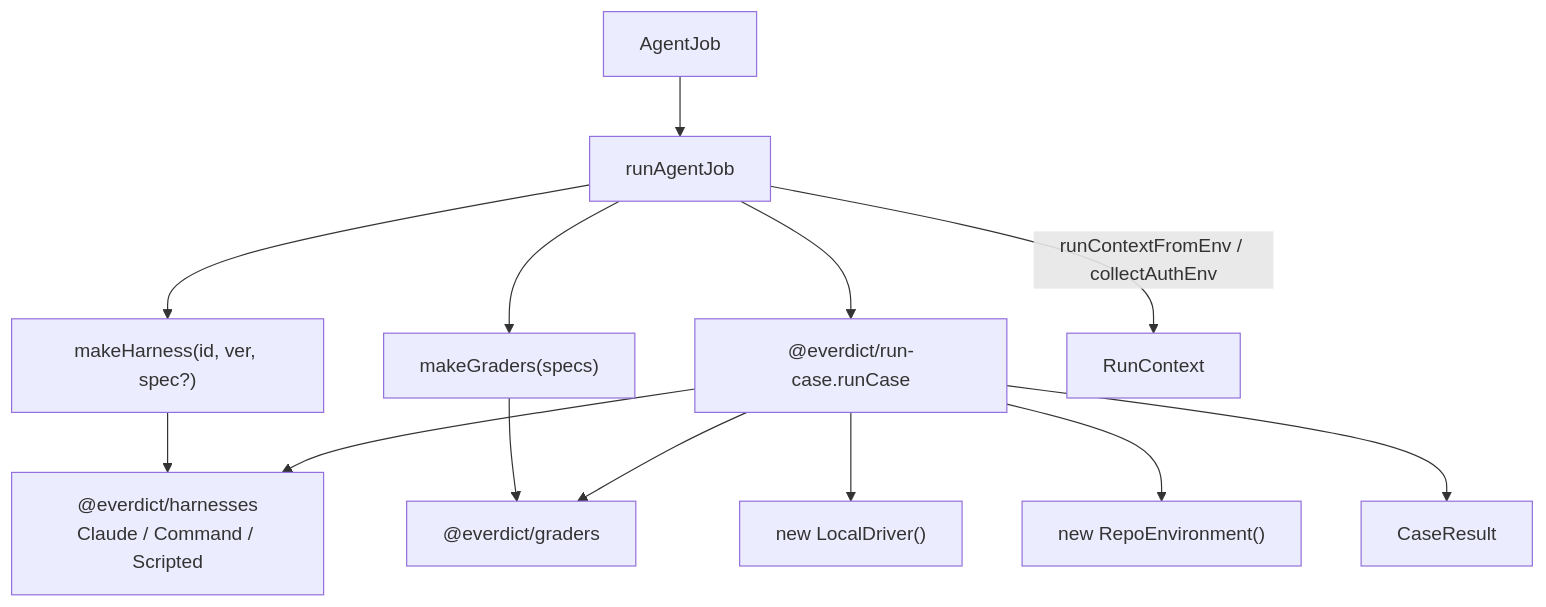
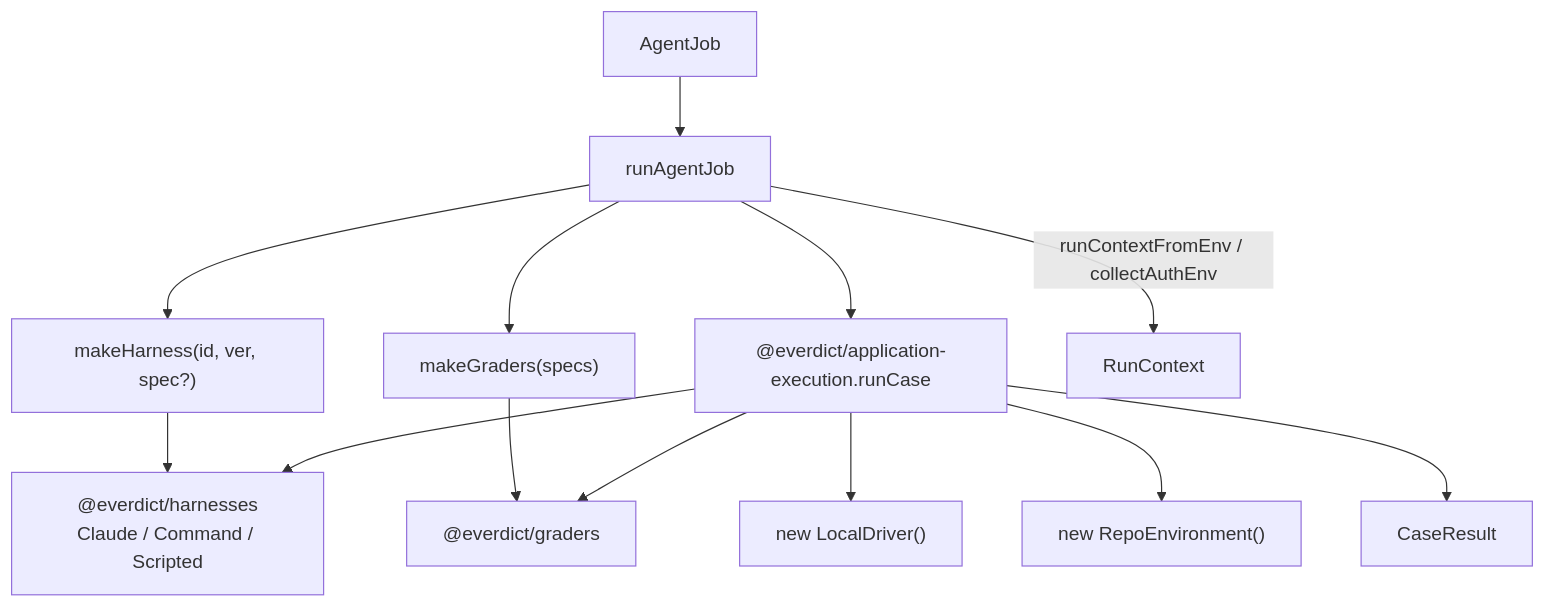
Before and after one commit to everdict/everdict: diagram 11 of 24 in docs/architecture/collaboration.md, drawn with Mermaid. The commit also changed other lines of this file and 141 other files, not shown here.

````diff
--- a/docs/architecture/collaboration.md
+++ b/docs/architecture/collaboration.md
@@ -519,15 +526,15 @@
 ```mermaid
 flowchart TD
   job[AgentJob] --> runAgentJob
   runAgentJob --> makeHarness["makeHarness(id, ver, spec?)"]
   runAgentJob --> makeGraders["makeGraders(specs)"]
   makeHarness --> H["@everdict/harnesses<br/>Claude / Command / Scripted"]
   makeGraders --> G["@everdict/graders"]
-  runAgentJob --> runCase["@everdict/run-case.runCase"]
+  runAgentJob --> runCase["@everdict/application-execution.runCase"]
   runCase --> LD["new LocalDriver()"]
   runCase --> RE["new RepoEnvironment()"]
   runCase --> H
   runCase --> G
   runAgentJob -->|"runContextFromEnv / collectAuthEnv"| ctx[RunContext]
   runCase --> res[CaseResult]
 ```
````
